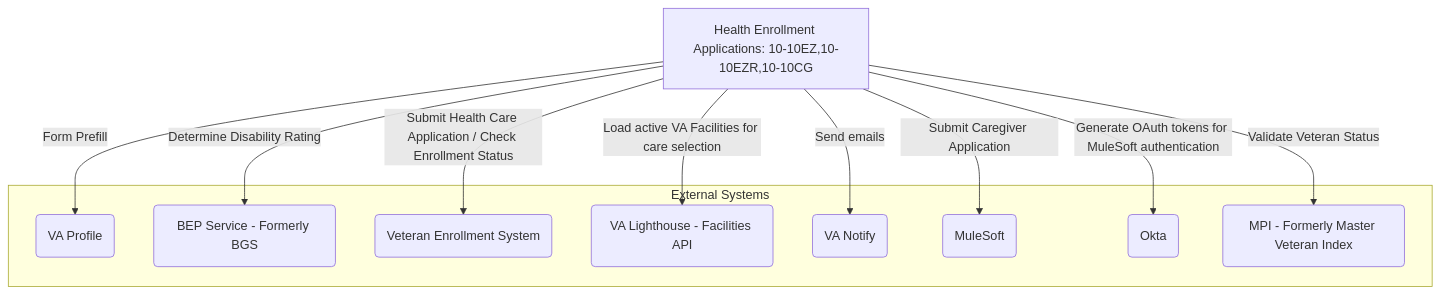
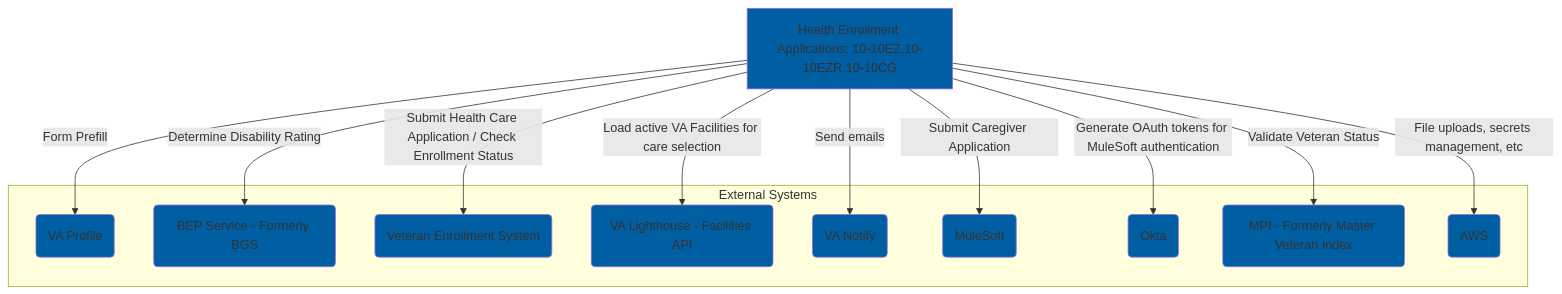
Before and after one commit to department-of-veterans-affairs/va.gov-team: the diagram in products/health-care/application/va-application/engineering/architecture/Health Applications High Level Dependencies.md, drawn with Mermaid.

````diff
--- a/products/health-care/application/va-application/engineering/architecture/Health Applications High Level Dependencies.md
+++ b/products/health-care/application/va-application/engineering/architecture/Health Applications High Level Dependencies.md
@@ -1,24 +1,37 @@
 ```mermaid
 graph TD
-    subgraph External Systems
+    subgraph E[External Systems]
         S1(VA Profile)
         S2(BEP Service - Formerly BGS)
         S3(Veteran Enrollment System)
         S4(VA Lighthouse - Facilities API)
         S5(VA Notify)
         S6(MuleSoft)
         S7(Okta)
         S8(MPI - Formerly Master Veteran Index)
+        S9(AWS)
     end
 
     A[Health Enrollment Applications: 10-10EZ,10-10EZR,10-10CG]
 
     A -- Form Prefill --> S1
     A -- Determine Disability Rating --> S2
     A -- Submit Health Care Application / Check Enrollment Status --> S3
     A -- Load active VA Facilities for care selection --> S4
     A -- Send emails --> S5
     A -- Submit Caregiver Application --> S6
     A -- Generate OAuth tokens for MuleSoft authentication --> S7
     A -- Validate Veteran Status --> S8
+    A -- File uploads, secrets management, etc  --> S9
+
+    style A fill:#005EA2
+    style S1 fill:#005EA2
+    style S2 fill:#005EA2
+    style S3 fill:#005EA2
+    style S4 fill:#005EA2
+    style S5 fill:#005EA2
+    style S6 fill:#005EA2
+    style S7 fill:#005EA2
+    style S8 fill:#005EA2
+    style S9 fill:#005EA2
 ```
````
